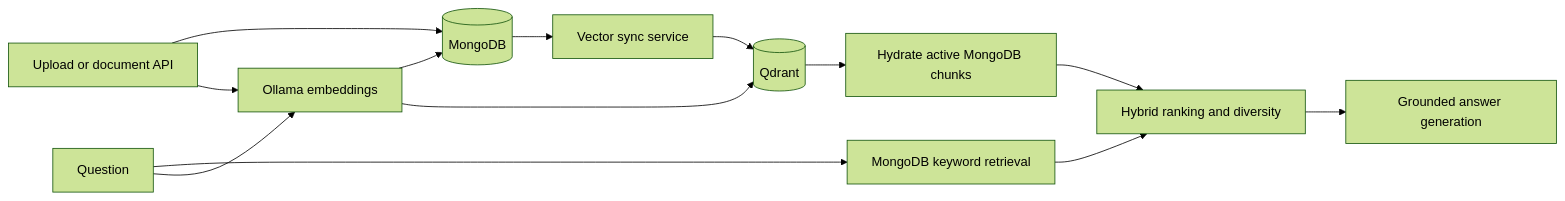
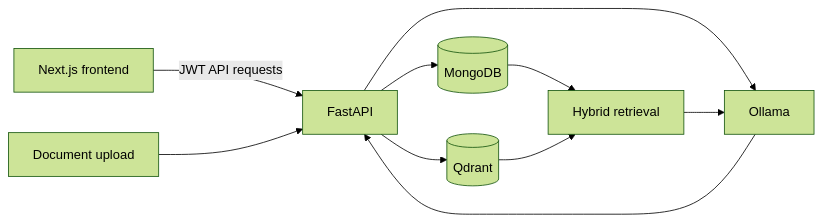
The diagram in README.md (nourhamdan2005/smart-internal-knowledge-base-assistant), drawn with Mermaid (forest theme) before and after one commit. The commit also changed other lines of this file and 189 other files, not shown here.

````diff
--- a/README.md
+++ b/README.md
@@ -7,15 +22,12 @@
 ```mermaid
 flowchart LR
-    U[Upload or document API] --> M[(MongoDB)]
-    U --> O[Ollama embeddings]
-    O --> M
-    M --> S[Vector sync service]
-    S --> Q[(Qdrant)]
-    A[Question] --> K[MongoDB keyword retrieval]
-    A --> O
-    O --> Q
-    Q --> H[Hydrate active MongoDB chunks]
-    K --> R[Hybrid ranking and diversity]
-    H --> R
-    R --> L[Grounded answer generation]
+  Browser[Next.js frontend] -->|JWT API requests| API[FastAPI]
+  API --> Mongo[(MongoDB)]
+  API --> Ollama[Ollama]
+  API --> Qdrant[(Qdrant)]
+  Upload[Document upload] --> API
+  Mongo --> Hybrid[Hybrid retrieval]
+  Qdrant --> Hybrid
+  Hybrid --> Ollama
+  Ollama --> API
 ```
````
